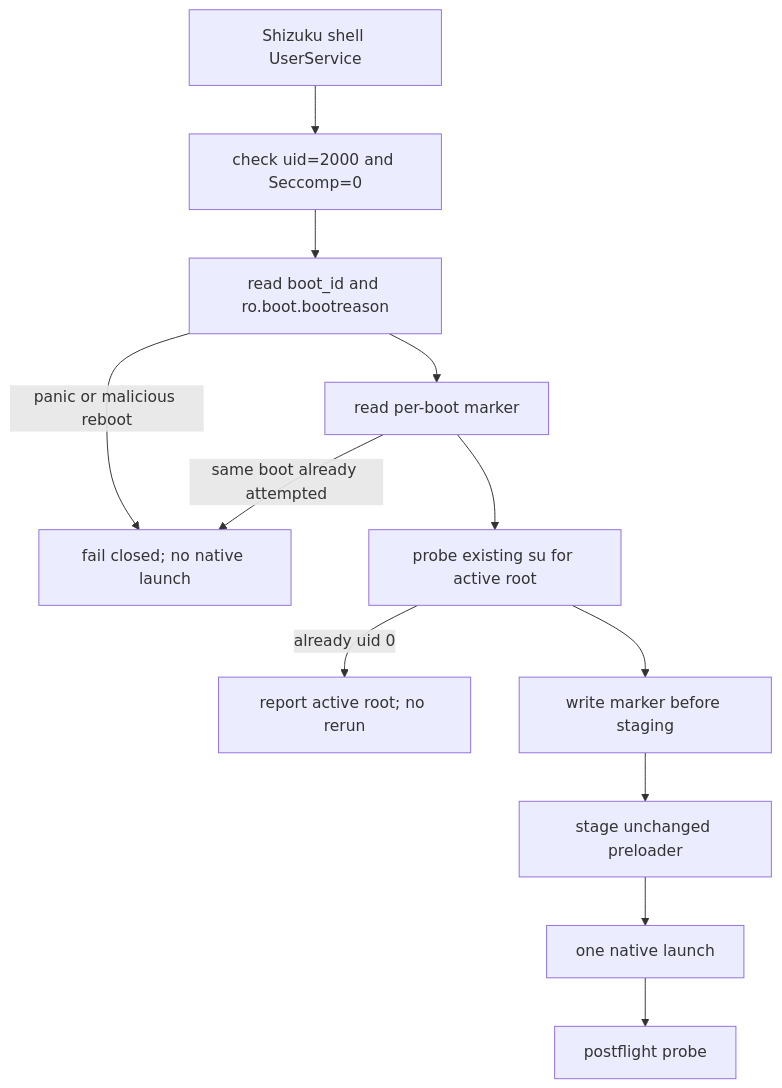
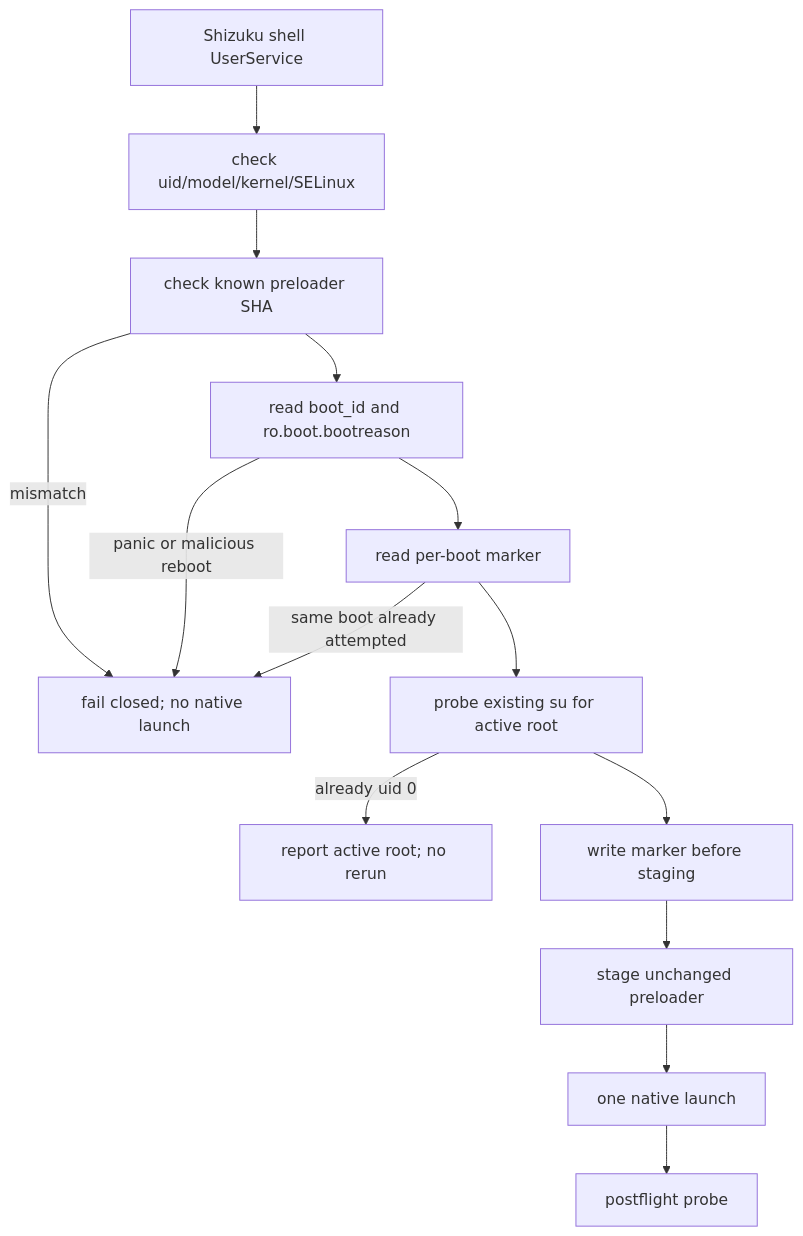
The diagram in docs/analysis/opd2515-robustness-plan.md (wjc911/ghostlock-app), drawn with Mermaid before and after one commit. The commit also changed other lines of this file and 2 other files, not shown here.

Commit message:
fix(opd2515): verify target context and payload hash

````diff
--- a/docs/analysis/opd2515-robustness-plan.md
+++ b/docs/analysis/opd2515-robustness-plan.md
@@ -35,14 +35,16 @@
 ```mermaid
 flowchart TD
-    A[Shizuku shell UserService] --> B[check uid=2000 and Seccomp=0]
-    B --> C[read boot_id and ro.boot.bootreason]
-    C -->|panic or malicious reboot| X[fail closed; no native launch]
-    C --> D[read per-boot marker]
-    D -->|same boot already attempted| X
-    D --> E[probe existing su for active root]
-    E -->|already uid 0| X2[report active root; no rerun]
-    E --> F[write marker before staging]
-    F --> G[stage unchanged preloader]
-    G --> H[one native launch]
-    H --> I[postflight probe]
+    A[Shizuku shell UserService] --> B[check uid/model/kernel/SELinux]
+    B --> C[check known preloader SHA]
+    C -->|mismatch| X[fail closed; no native launch]
+    C --> D[read boot_id and ro.boot.bootreason]
+    D -->|panic or malicious reboot| X
+    D --> E[read per-boot marker]
+    E -->|same boot already attempted| X
+    E --> F[probe existing su for active root]
+    F -->|already uid 0| X2[report active root; no rerun]
+    F --> G[write marker before staging]
+    G --> H[stage unchanged preloader]
+    H --> I[one native launch]
+    I --> J[postflight probe]
 ```
````
